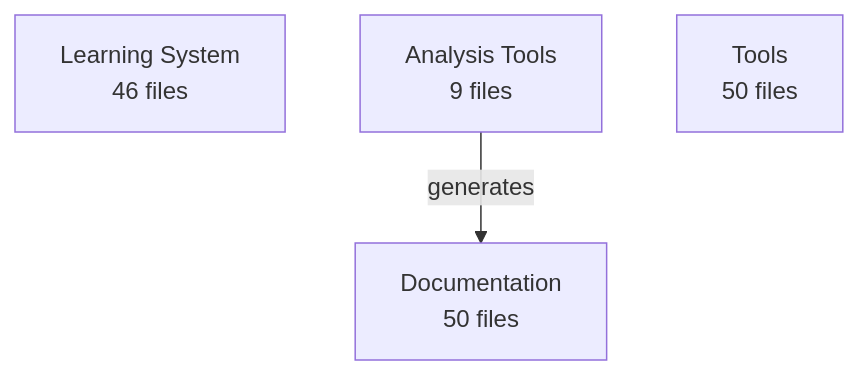
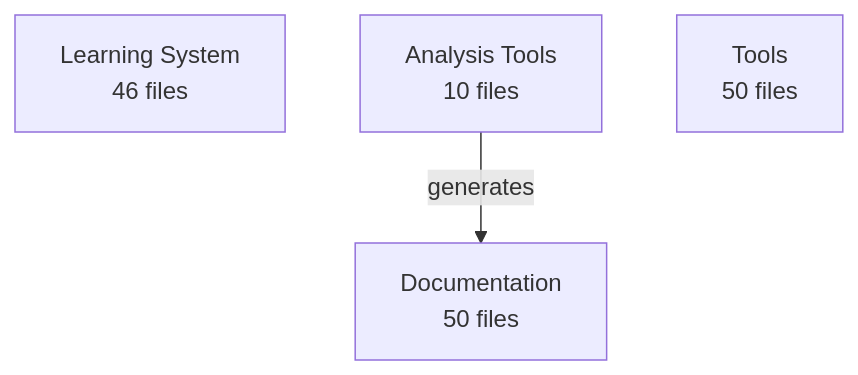
Before and after one commit to enufacas/Chained: the diagram in docs/data/architecture/architecture.mmd, drawn with Mermaid. The commit also changed 6 other files, not shown here.

First line of the commit message:
🏗️ Update architecture evolution tracking

```diff
--- a/docs/data/architecture/architecture.mmd
+++ b/docs/data/architecture/architecture.mmd
@@ -1,6 +1,6 @@
 graph TD
     learning_system[Learning System<br/>46 files]
-    analysis_tools[Analysis Tools<br/>9 files]
+    analysis_tools[Analysis Tools<br/>10 files]
     documentation[Documentation<br/>50 files]
     tools[Tools<br/>50 files]
     analysis_tools -->|generates| documentation
```
